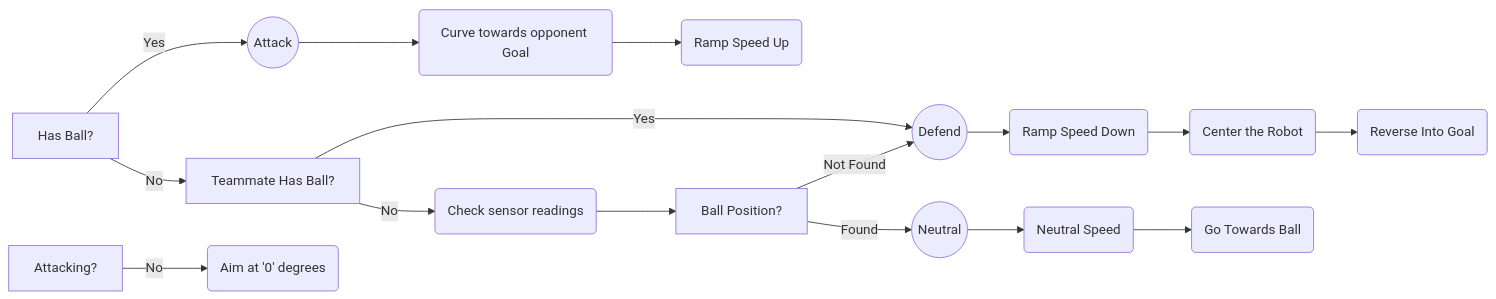
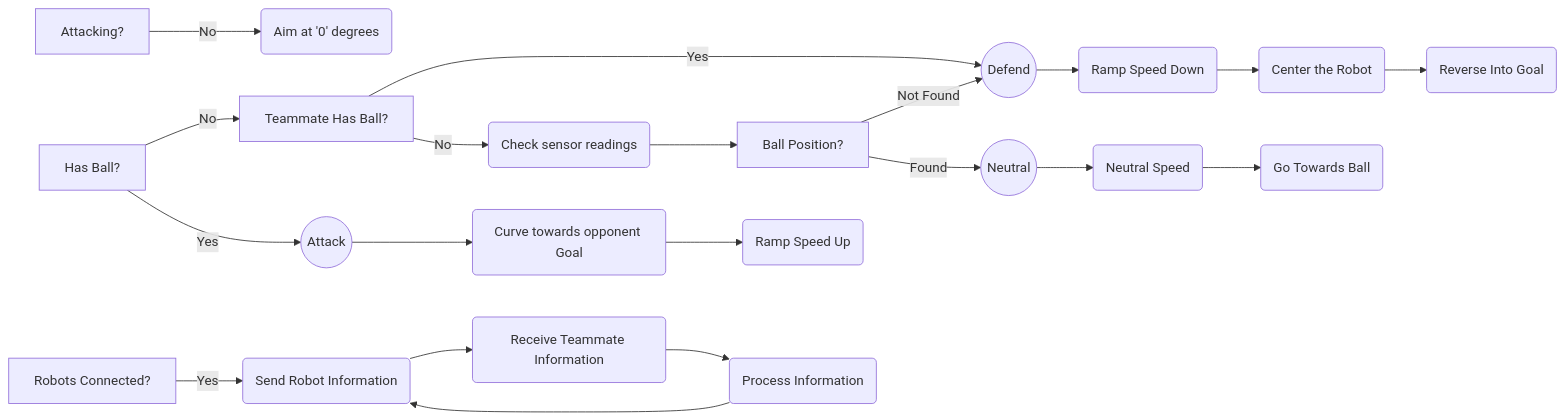
Before and after one commit to denyahnov/rc2022: the diagram in index.md, drawn with Mermaid. The commit also changed other lines of this file, not shown here.

````diff
--- a/index.md
+++ b/index.md
@@ -19,13 +31,17 @@
 ```mermaid
 graph LR
+Attacking[Attacking?] -- No --> Aim(Aim at '0' degrees)
 HasBall[Has Ball?] -- No --> TeammateBall[Teammate Has Ball?]
 TeammateBall -- Yes --> Defend((Defend))
 Defend --> SlowDown(Ramp Speed Down) --> CenterRobot(Center the Robot) --> Reverse(Reverse Into Goal)
 TeammateBall -- No --> CheckSensors(Check sensor readings)
 HasBall -- Yes --> Attack((Attack))
 Attack --> AimGoal(Curve towards opponent Goal) --> RampSpeed(Ramp Speed Up)
 CheckSensors --> BallPos[Ball Position?]
 BallPos-- Not Found --> Defend
 BallPos-- Found --> Neutral((Neutral)) --> NeutralSpeed(Neutral Speed) --> GoToBall(Go Towards Ball)
-Attacking[Attacking?] -- No --> Aim(Aim at '0' degrees)
+Connected[Robots Connected?] -- Yes --> A(Send Robot Information)
+A --> B(Receive Teammate Information)
+B --> C(Process Information)
+C --> A
 ```
````
